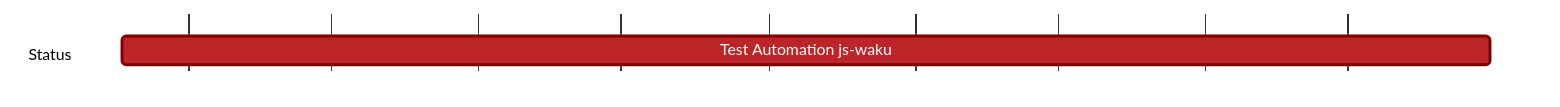
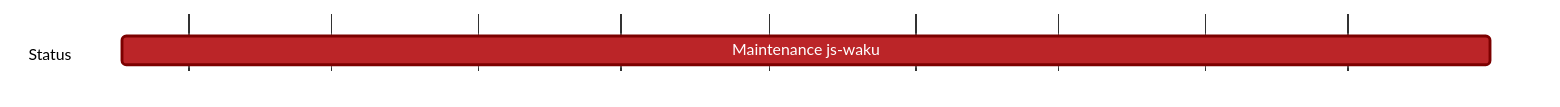
Before and after one commit to logos-co/roadmap: the diagram in content/vac/qa/g/waku/maintenance-js-waku.md, drawn with Mermaid.

````diff
--- a/content/vac/qa/g/waku/maintenance-js-waku.md
+++ b/content/vac/qa/g/waku/maintenance-js-waku.md
@@ -7,20 +7,20 @@
 ```mermaid
 %%{ 
   init: { 
     'theme': 'base', 
     'themeVariables': { 
       'primaryColor': '#BB2528', 
       'primaryTextColor': '#fff', 
       'primaryBorderColor': '#7C0000', 
       'lineColor': '#F8B229', 
       'secondaryColor': '#006100', 
       'tertiaryColor': '#fff' 
     } 
   } 
 }%%
 gantt
   tickInterval 1month
   dateFormat YYYY-MM-DD 
   section Status
-    Test Automation js-waku:  2024-03-18, 2024-12-31
+    Maintenance js-waku:  2024-03-18, 2024-12-31
 ```
````
